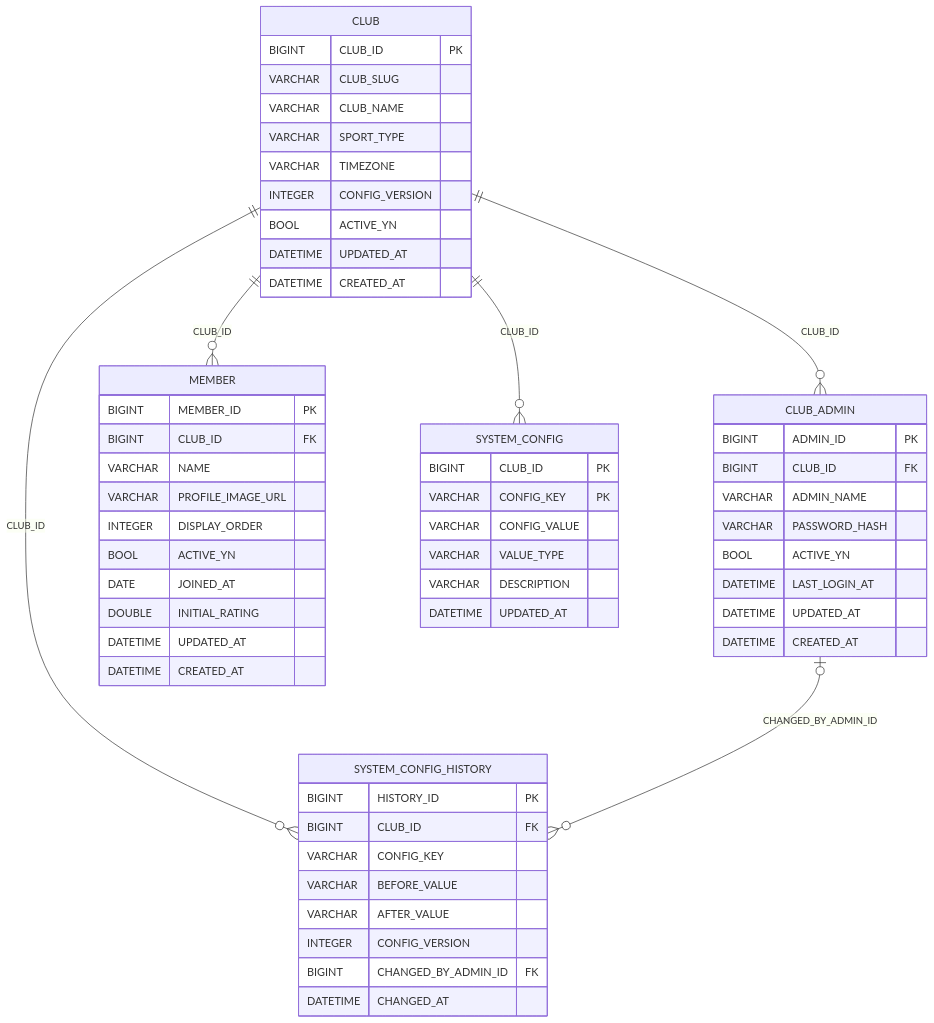
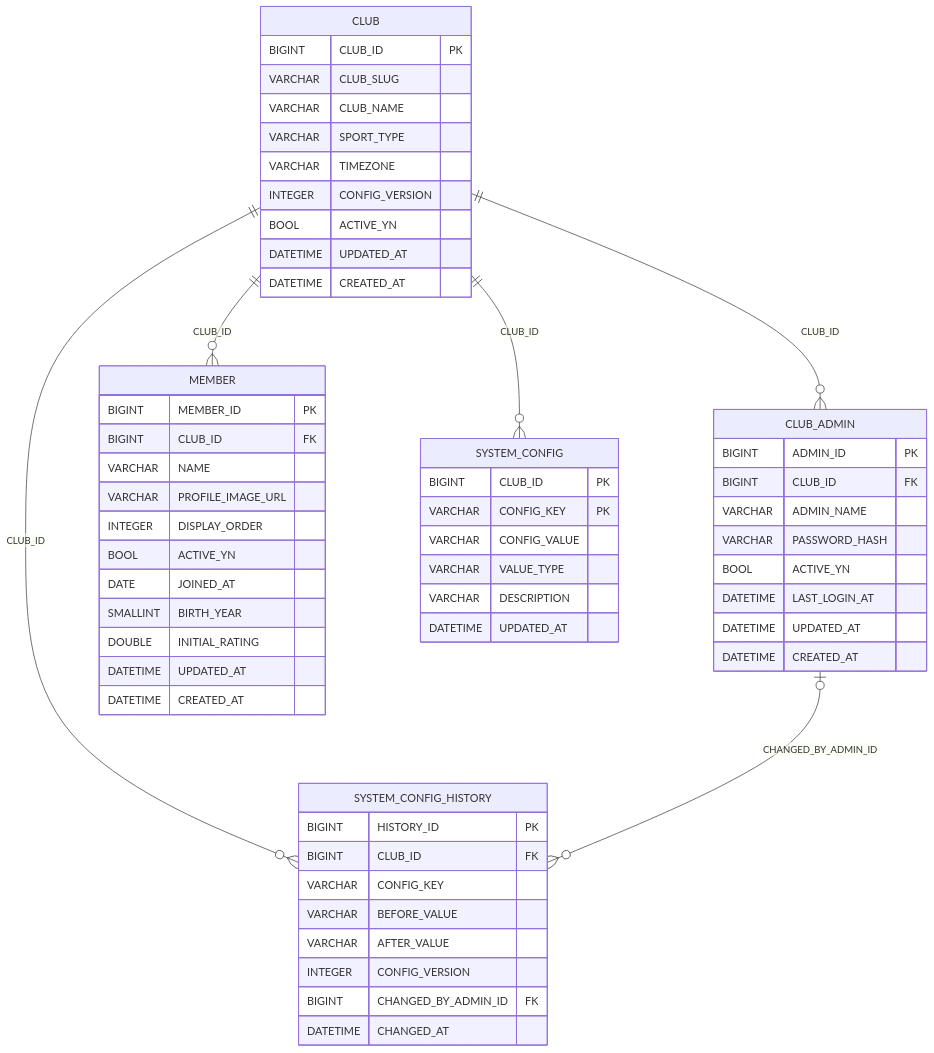
One commit to preferJ/clubwire changed the first of 5 diagrams in docs/ERD.md. Above: the diagram before and after it, drawn with Mermaid. The commit also changed 47 other files, not shown here.

````diff
--- a/docs/ERD.md
+++ b/docs/ERD.md
@@ -7,59 +7,60 @@
 ```mermaid
 erDiagram
     CLUB {
         BIGINT CLUB_ID PK
         VARCHAR CLUB_SLUG
         VARCHAR CLUB_NAME
         VARCHAR SPORT_TYPE
         VARCHAR TIMEZONE
         INTEGER CONFIG_VERSION
         BOOL ACTIVE_YN
         DATETIME UPDATED_AT
         DATETIME CREATED_AT
     }
     CLUB_ADMIN {
         BIGINT ADMIN_ID PK
         BIGINT CLUB_ID FK
         VARCHAR ADMIN_NAME
         VARCHAR PASSWORD_HASH
         BOOL ACTIVE_YN
         DATETIME LAST_LOGIN_AT
         DATETIME UPDATED_AT
         DATETIME CREATED_AT
     }
     MEMBER {
         BIGINT MEMBER_ID PK
         BIGINT CLUB_ID FK
         VARCHAR NAME
         VARCHAR PROFILE_IMAGE_URL
         INTEGER DISPLAY_ORDER
         BOOL ACTIVE_YN
         DATE JOINED_AT
+        SMALLINT BIRTH_YEAR
         DOUBLE INITIAL_RATING
         DATETIME UPDATED_AT
         DATETIME CREATED_AT
     }
     SYSTEM_CONFIG {
         BIGINT CLUB_ID PK
         VARCHAR CONFIG_KEY PK
         VARCHAR CONFIG_VALUE
         VARCHAR VALUE_TYPE
         VARCHAR DESCRIPTION
         DATETIME UPDATED_AT
     }
     SYSTEM_CONFIG_HISTORY {
         BIGINT HISTORY_ID PK
         BIGINT CLUB_ID FK
         VARCHAR CONFIG_KEY
         VARCHAR BEFORE_VALUE
         VARCHAR AFTER_VALUE
         INTEGER CONFIG_VERSION
         BIGINT CHANGED_BY_ADMIN_ID FK
         DATETIME CHANGED_AT
     }
     CLUB ||--o{ CLUB_ADMIN : "CLUB_ID"
     CLUB ||--o{ MEMBER : "CLUB_ID"
     CLUB ||--o{ SYSTEM_CONFIG : "CLUB_ID"
     CLUB ||--o{ SYSTEM_CONFIG_HISTORY : "CLUB_ID"
     CLUB_ADMIN |o--o{ SYSTEM_CONFIG_HISTORY : "CHANGED_BY_ADMIN_ID"
 ```
````
